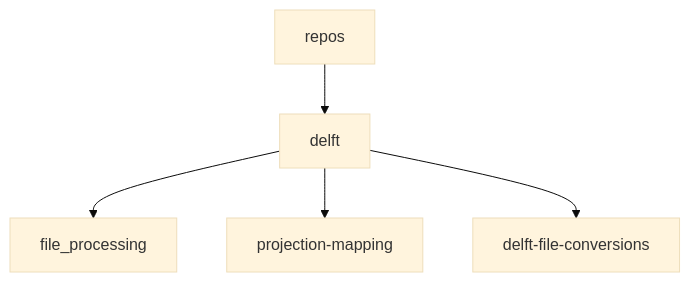
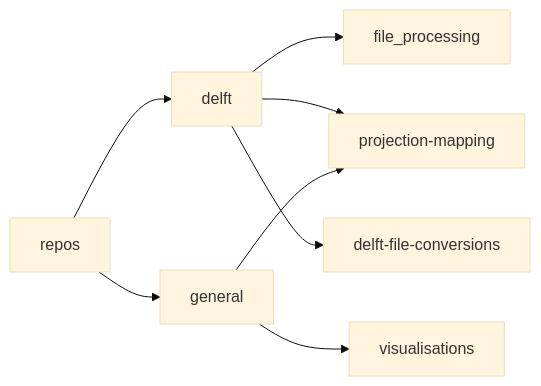
One commit to Anchor-Environmental/.github changed the diagram in README.md. Above: the diagram before and after it, drawn with Mermaid (base theme).

````diff
--- a/README.md
+++ b/README.md
@@ -38,9 +38,12 @@
 ```mermaid
 
-graph TD
+graph LR
   repos-->delft
   delft-->file_processing
   delft-->projection-mapping
   delft-->delft-file-conversions
+  repos-->general
+  general-->visualisations
+  general-->projection-mapping
 
 ```
````
